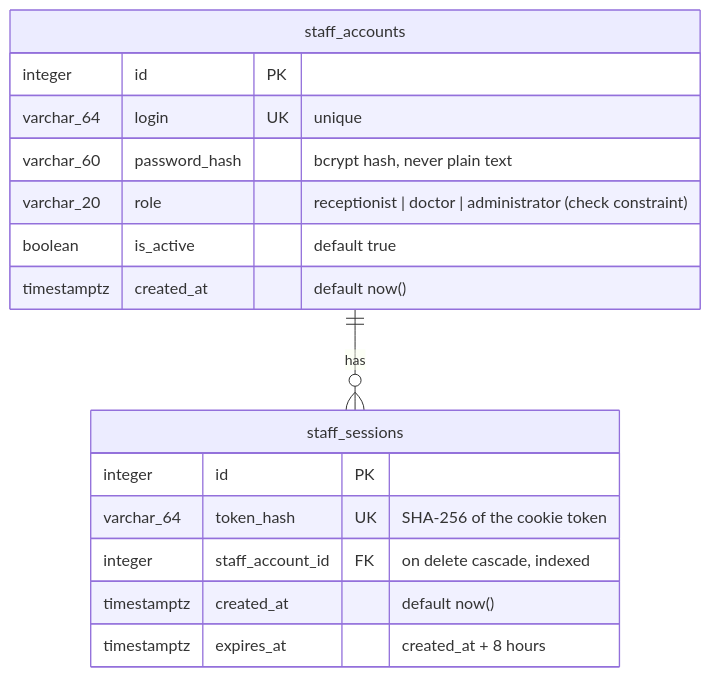
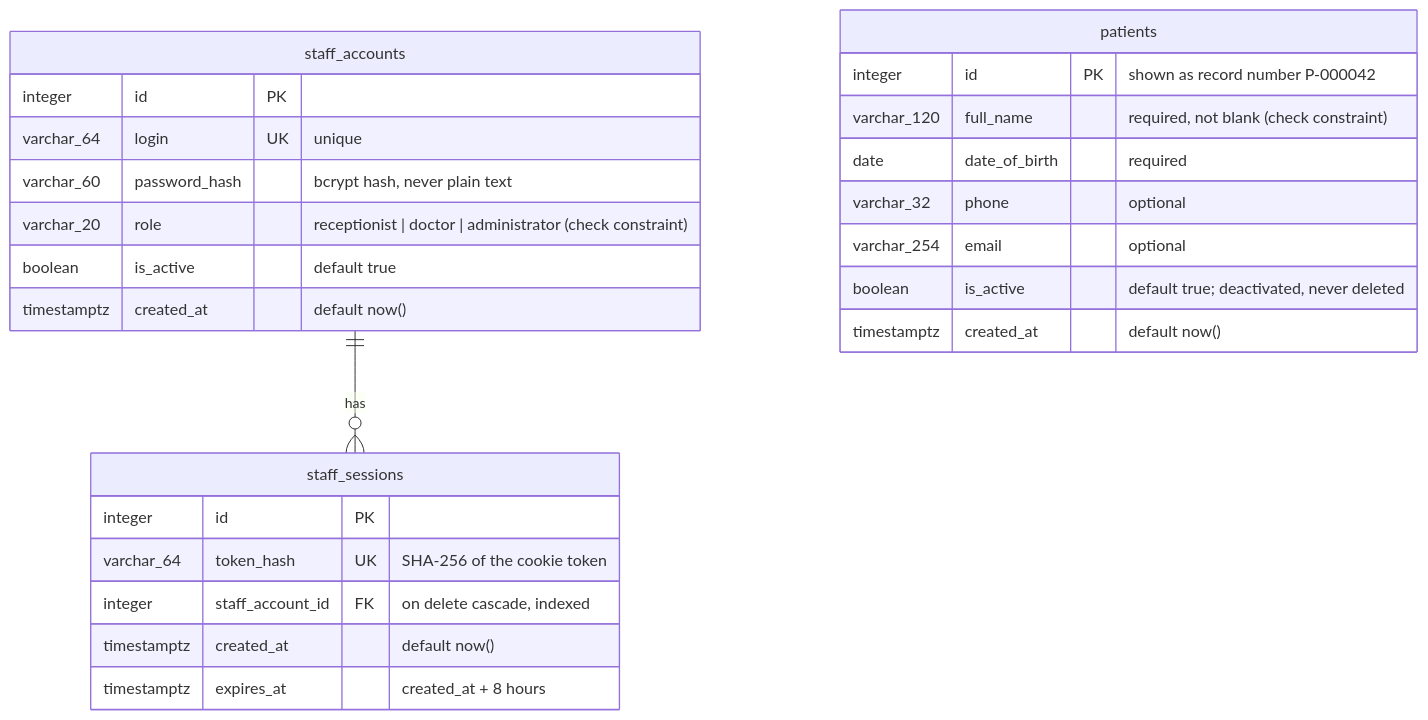
The second of 4 diagrams in docs/architecture.md (ceciliagalvaoo/hospital-devops), drawn with Mermaid before and after one commit. The commit also changed other lines of this file and 2 other files, not shown here.

Commit message:
docs: document the patient data model and its decisions (#31)

````diff
--- a/docs/architecture.md
+++ b/docs/architecture.md
@@ -67,19 +67,28 @@
 ```mermaid
 erDiagram
     staff_accounts ||--o{ staff_sessions : "has"
     staff_accounts {
         integer id PK
         varchar_64 login UK "unique"
         varchar_60 password_hash "bcrypt hash, never plain text"
         varchar_20 role "receptionist | doctor | administrator (check constraint)"
         boolean is_active "default true"
         timestamptz created_at "default now()"
     }
     staff_sessions {
         integer id PK
         varchar_64 token_hash UK "SHA-256 of the cookie token"
         integer staff_account_id FK "on delete cascade, indexed"
         timestamptz created_at "default now()"
         timestamptz expires_at "created_at + 8 hours"
     }
+    patients {
+        integer id PK "shown as record number P-000042"
+        varchar_120 full_name "required, not blank (check constraint)"
+        date date_of_birth "required"
+        varchar_32 phone "optional"
+        varchar_254 email "optional"
+        boolean is_active "default true; deactivated, never deleted"
+        timestamptz created_at "default now()"
+    }
 ```
````
